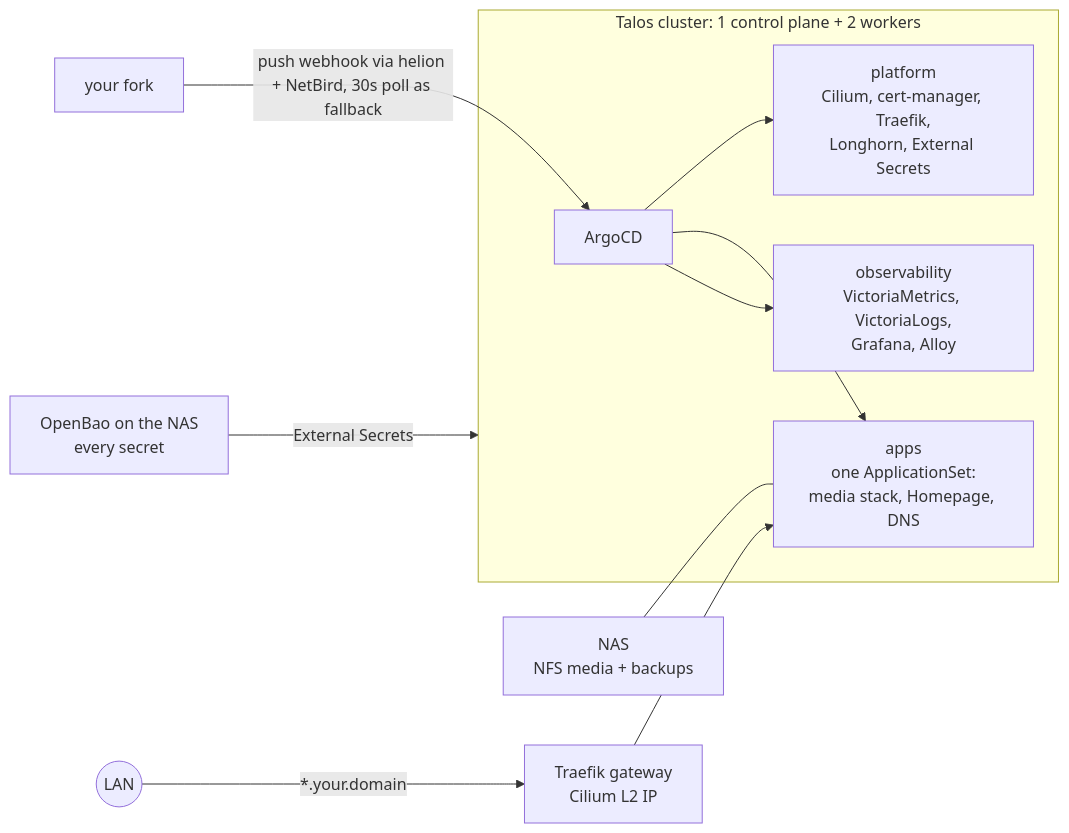
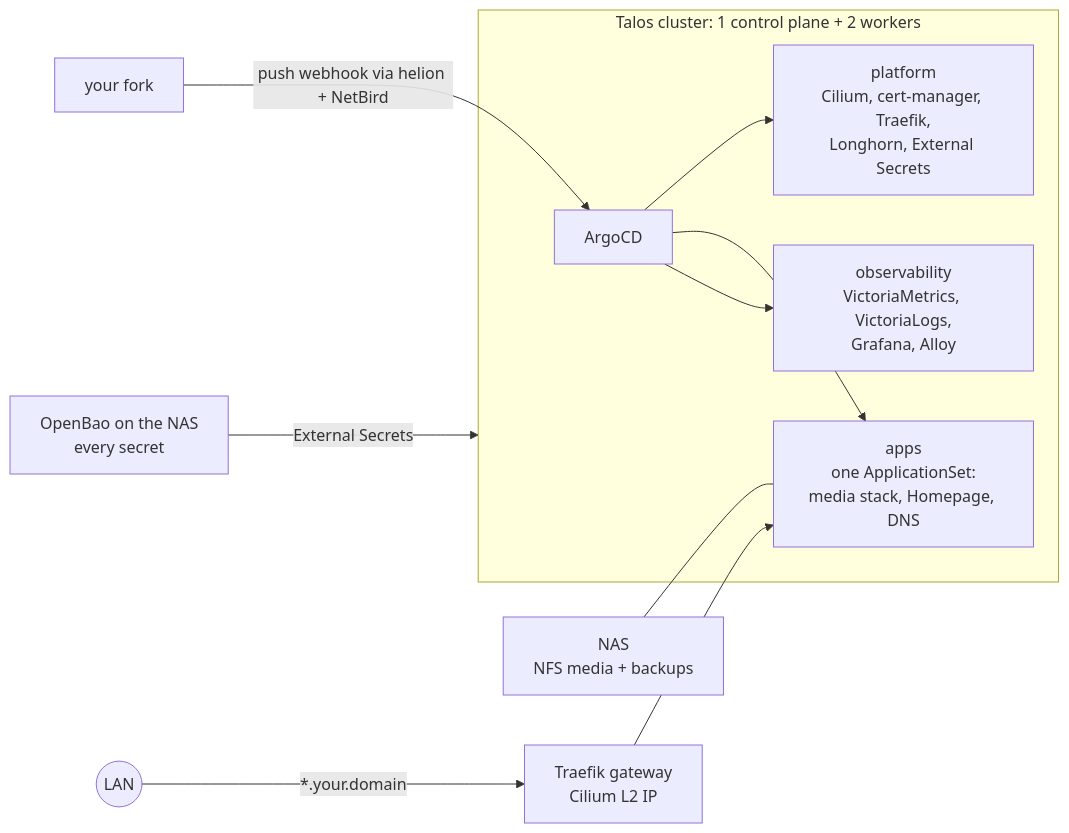
One commit to obleey/talos-homelab changed the diagram in README.md. Above: the diagram before and after it, drawn with Mermaid. The commit also changed other lines of this file, not shown here.

Commit message:
README: webhook is GitHub-only and polling is off

````diff
--- a/README.md
+++ b/README.md
@@ -7,12 +7,12 @@
 ```mermaid
 graph LR
-    Git[your fork] -->|push webhook via helion + NetBird, 30s poll as fallback| ArgoCD
+    Git[your fork] -->|push webhook via helion + NetBird| ArgoCD
     subgraph cluster [Talos cluster: 1 control plane + 2 workers]
         ArgoCD --> Platform[platform<br/>Cilium, cert-manager, Traefik,<br/>Longhorn, External Secrets]
         ArgoCD --> Apps[apps<br/>one ApplicationSet:<br/>media stack, Homepage, DNS]
         ArgoCD --> Obs[observability<br/>VictoriaMetrics, VictoriaLogs,<br/>Grafana, Alloy]
     end
     NAS[NAS<br/>NFS media + backups] --- Apps
     Bao[OpenBao on the NAS<br/>every secret] -->|External Secrets| cluster
     Users((LAN)) -->|*.your.domain| Traefik[Traefik gateway<br/>Cilium L2 IP] --> Apps
 ```
````
